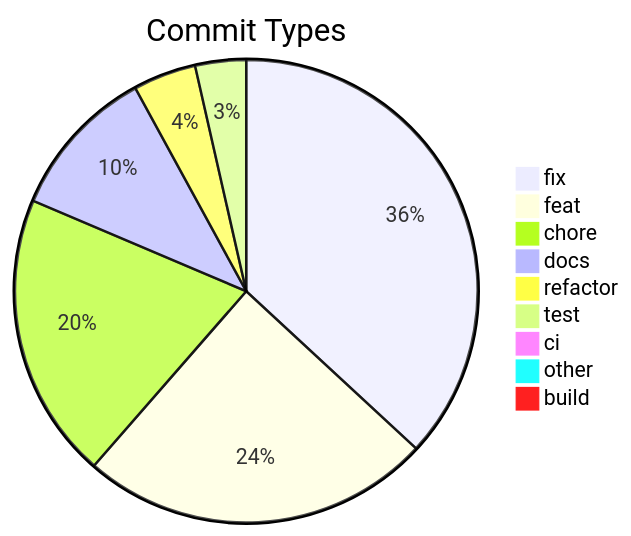
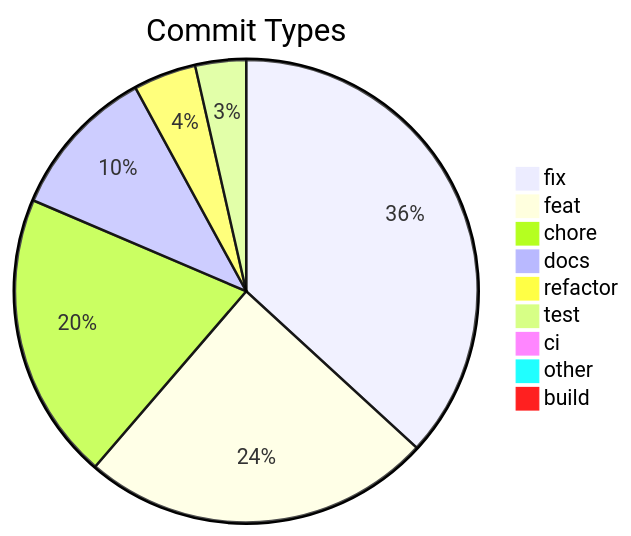
Before and after one commit to svenroth-ai/shipwright-webui: the diagram in .shipwright/compliance/change-history.md, drawn with Mermaid. The commit also changed other lines of this file and 14 other files, not shown here.

````diff
--- a/.shipwright/compliance/change-history.md
+++ b/.shipwright/compliance/change-history.md
@@ -8,12 +8,12 @@
 ```mermaid
 pie title Commit Types
     "fix" : 218
     "feat" : 145
-    "chore" : 118
+    "chore" : 119
     "docs" : 63
     "refactor" : 26
     "test" : 21
     "ci" : 5
     "other" : 4
     "build" : 1
 ```
````
